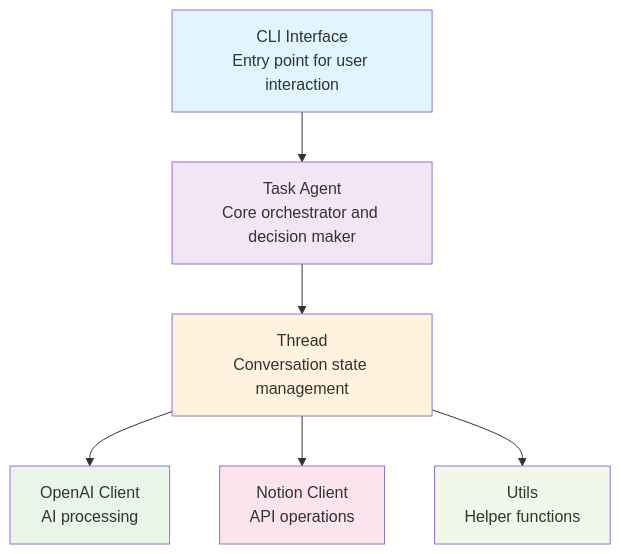
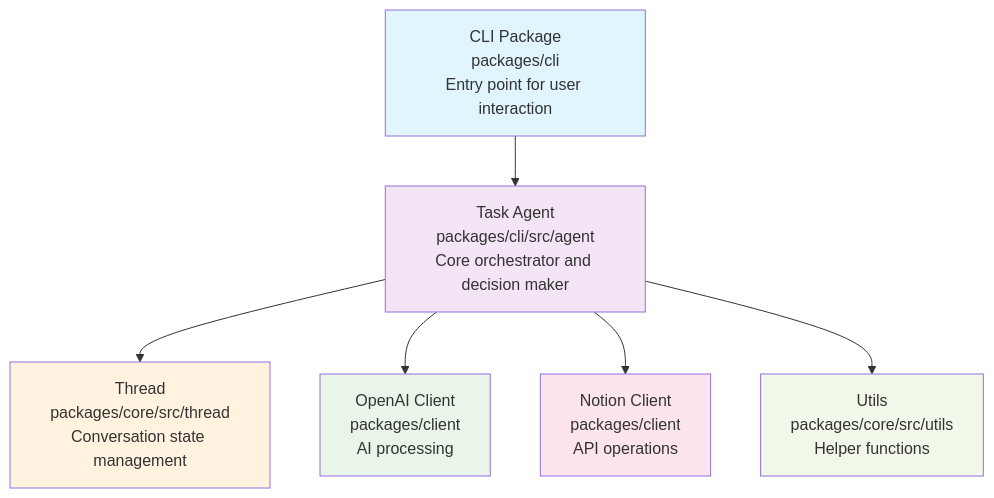
One commit to shomrkm/shochan_ai changed the first of 3 diagrams in docs/ARCHITECTURE.md. Above: the diagram before and after it, drawn with Mermaid. The commit also changed other lines of this file, not shown here.

Commit message:
doc: Enhance architecture documentation for Shochan AI

````diff
--- a/docs/ARCHITECTURE.md
+++ b/docs/ARCHITECTURE.md
@@ -9,15 +50,15 @@
 ```mermaid
 graph TD
-    CLI[CLI Interface<br/>Entry point for user interaction] --> Agent[Task Agent<br/>Core orchestrator and decision maker]
-    Agent --> Thread[Thread<br/>Conversation state management]
-    Thread --> OpenAI[OpenAI Client<br/>AI processing]
-    Thread --> Notion[Notion Client<br/>API operations]
-    Thread --> Utils[Utils<br/>Helper functions]
+    CLI[CLI Package<br/>packages/cli<br/>Entry point for user interaction] --> Agent[Task Agent<br/>packages/cli/src/agent<br/>Core orchestrator and decision maker]
+    Agent --> Thread[Thread<br/>packages/core/src/thread<br/>Conversation state management]
+    Agent --> OpenAI[OpenAI Client<br/>packages/client<br/>AI processing]
+    Agent --> Notion[Notion Client<br/>packages/client<br/>API operations]
+    Agent --> Utils[Utils<br/>packages/core/src/utils<br/>Helper functions]
 
     style CLI fill:#e1f5fe
     style Agent fill:#f3e5f5
     style Thread fill:#fff3e0
     style OpenAI fill:#e8f5e8
     style Notion fill:#fce4ec
     style Utils fill:#f1f8e9
 ```
````
